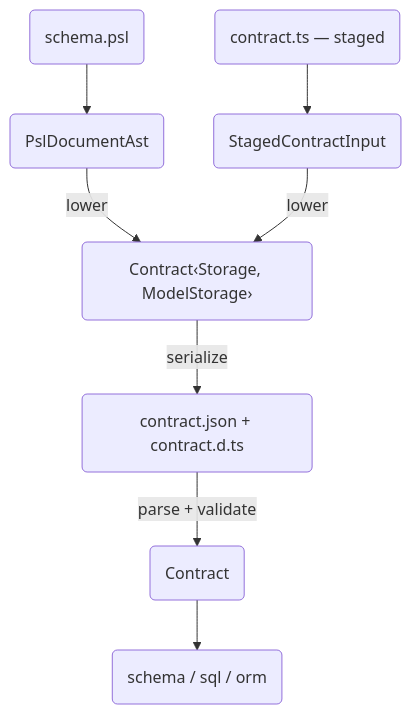
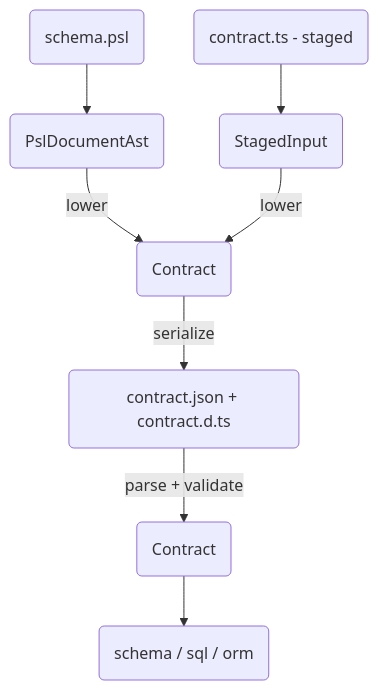
One commit to prisma/prisma-next changed the second of 2 diagrams in docs/architecture docs/adrs/ADR 182 - Unified contract representation.md. Above: the diagram before and after it, drawn with Mermaid. The commit also changed other lines of this file and 1 other file, not shown here.

Commit message:
docs: fix ADR doc issues (language tag, ASCII Mermaid labels)

````diff
--- a/docs/architecture docs/adrs/ADR 182 - Unified contract representation.md
+++ b/docs/architecture docs/adrs/ADR 182 - Unified contract representation.md
@@ -66,11 +66,11 @@
 ```mermaid
 graph TD
   PSL(schema.psl) --> AST(PslDocumentAst)
-  TS(contract.ts — staged) --> SCI(StagedContractInput)
+  TS(contract.ts - staged) --> SCI(StagedInput)
   AST -->|lower| Contract
   SCI -->|lower| Contract
-  Contract("Contract‹Storage, ModelStorage›")
+  Contract("Contract<Storage, ModelStorage>")
   Contract -->|serialize| JSON(contract.json + contract.d.ts)
   JSON -->|parse + validate| C2(Contract)
   C2 --> CONSUMERS(schema / sql / orm)
 ```
````
